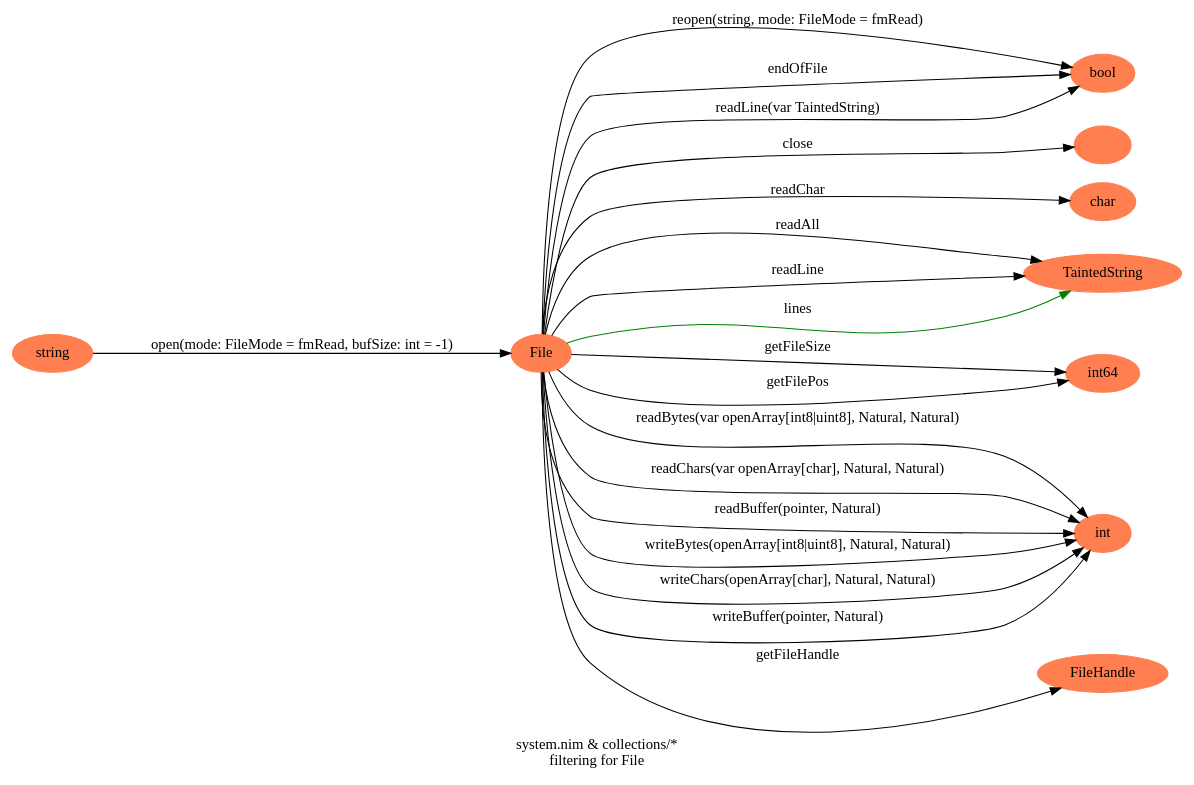
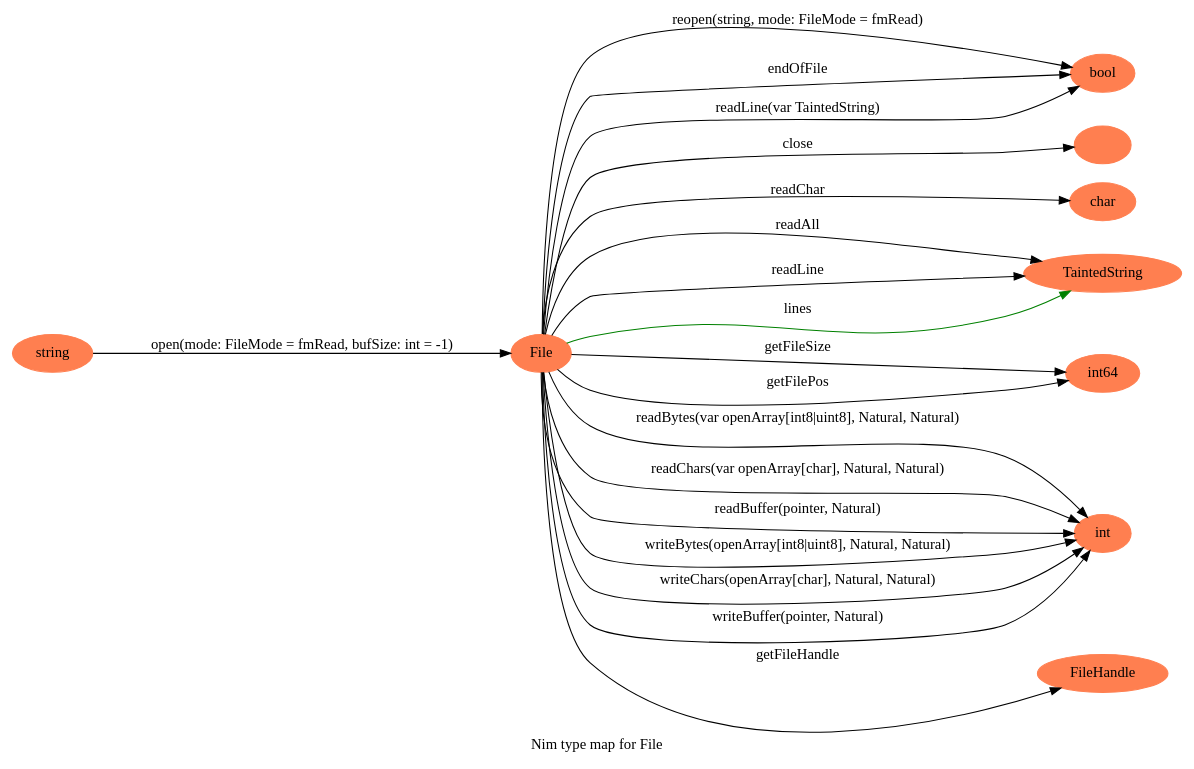
The diagram in output/File.dot (petermora/nimDot), drawn with Graphviz before and after one commit. The commit also changed 31 other files, not shown here.

```diff
--- a/output/File.dot
+++ b/output/File.dot
@@ -1,34 +1,33 @@
 digraph {
 graph [
-label = "system.nim & collections/*
-filtering for File";
+label = "Nim type map for File";
 rankdir=LR;
 ];
 node[color=coral, style=filled, label="string" ] N0;
 node[color=coral, style=filled, label="File" ] N1;
 N0 -> N1 [color="", label="open(mode: FileMode = fmRead, bufSize: int = -1)" ];
 node[color=coral, style=filled, label="bool" ] N2;
 N1 -> N2 [color="", label="reopen(string, mode: FileMode = fmRead)" ];
 node[color=coral, style=filled, label="" ] N3;
 N1 -> N3 [color="", label="close" ];
 N1 -> N2 [color="", label="endOfFile" ];
 node[color=coral, style=filled, label="char" ] N4;
 N1 -> N4 [color="", label="readChar" ];
 node[color=coral, style=filled, label="TaintedString" ] N5;
 N1 -> N5 [color="", label="readAll" ];
 N1 -> N5 [color="", label="readLine" ];
 N1 -> N2 [color="", label="readLine(var TaintedString)" ];
 node[color=coral, style=filled, label="int64" ] N6;
 N1 -> N6 [color="", label="getFileSize" ];
 node[color=coral, style=filled, label="int" ] N7;
 N1 -> N7 [color="", label="readBytes(var openArray[int8|uint8], Natural, Natural)" ];
 N1 -> N7 [color="", label="readChars(var openArray[char], Natural, Natural)" ];
 N1 -> N7 [color="", label="readBuffer(pointer, Natural)" ];
 N1 -> N7 [color="", label="writeBytes(openArray[int8|uint8], Natural, Natural)" ];
 N1 -> N7 [color="", label="writeChars(openArray[char], Natural, Natural)" ];
 N1 -> N7 [color="", label="writeBuffer(pointer, Natural)" ];
 N1 -> N6 [color="", label="getFilePos" ];
 node[color=coral, style=filled, label="FileHandle" ] N8;
 N1 -> N8 [color="", label="getFileHandle" ];
 N1 -> N5 [color="green", label="lines" ];
 }
```
